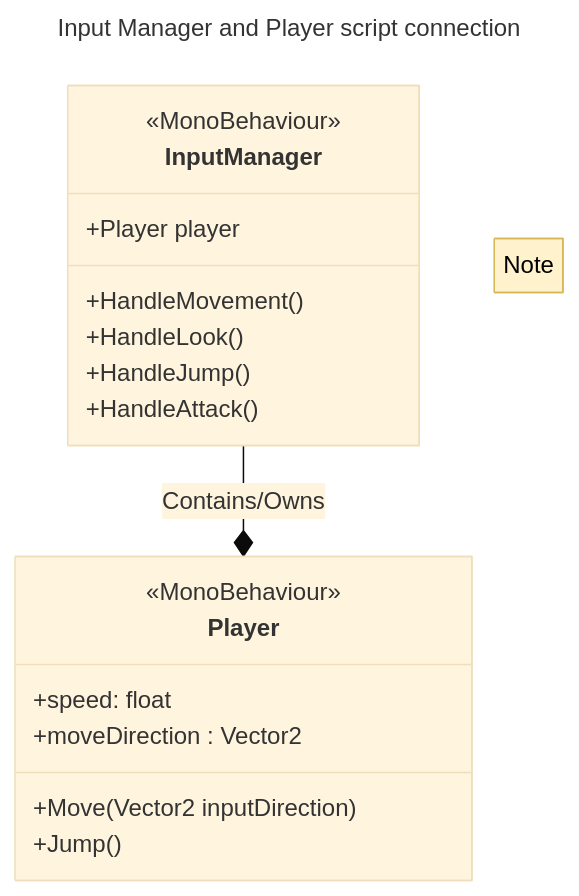
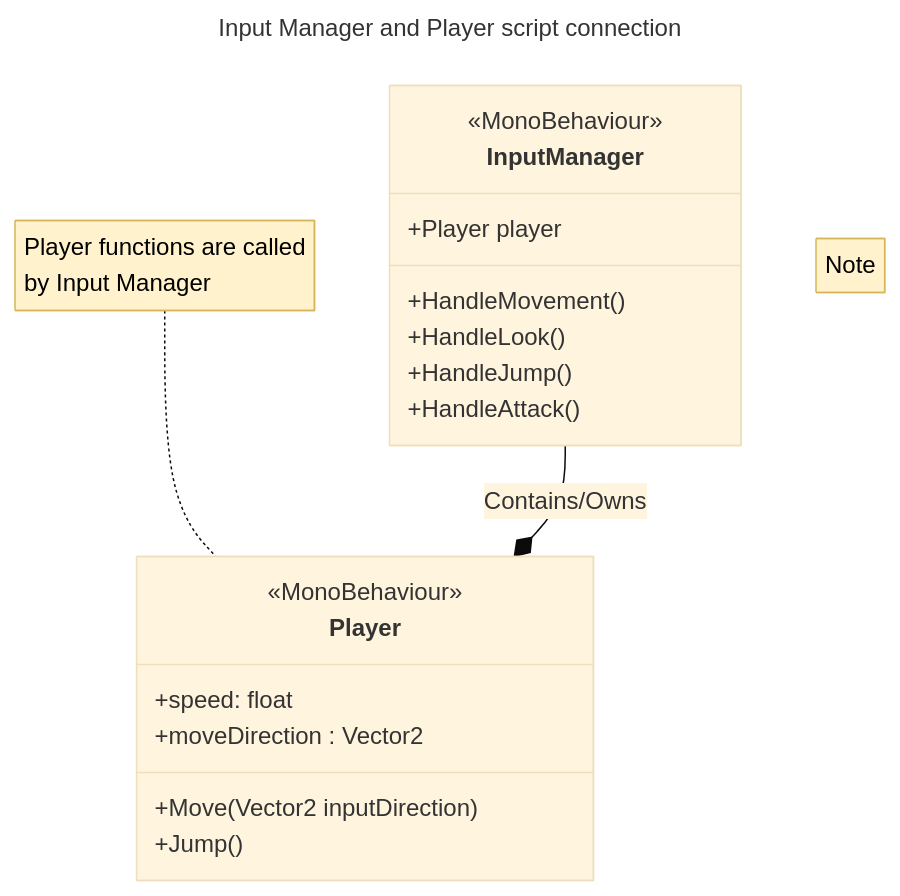
One commit to ThomasNRP4K/S2_Ba_26F_open_ended_unity changed the diagram in Assets/Project Diagrams/input_manager_player_code_design.md. Above: the diagram before and after it, drawn with Mermaid.

````diff
--- a/Assets/Project Diagrams/input_manager_player_code_design.md
+++ b/Assets/Project Diagrams/input_manager_player_code_design.md
@@ -1,42 +1,43 @@
 ```mermaid
 ---
 title: Input Manager and Player script connection
 config:
   theme: base
   themeVariables:
     noteBkgColor: '#FFF2CC'
     noteBorderColor: '#D6B656'
     noteTextColor: '#000000'
 ---
 
 classDiagram
 
 	class InputManager{
 		<<MonoBehaviour>>
 		+Player player
 		+HandleMovement()
 		+HandleLook()
 		+HandleJump()
 		+HandleAttack()
 	}
 
+	note for Player "Player functions are called <br> by  Input Manager"
 	class Player{
 		<<MonoBehaviour>>
 		+speed: float
 		+moveDirection : Vector2
 		+Move(Vector2 inputDirection)
 		+Jump()
 	}
 
 
 	%% Connections
 	InputManager --* Player: Contains/Owns
 
 
 	%% notes
 	note "Note"
 
 
 
 
 ```
````
